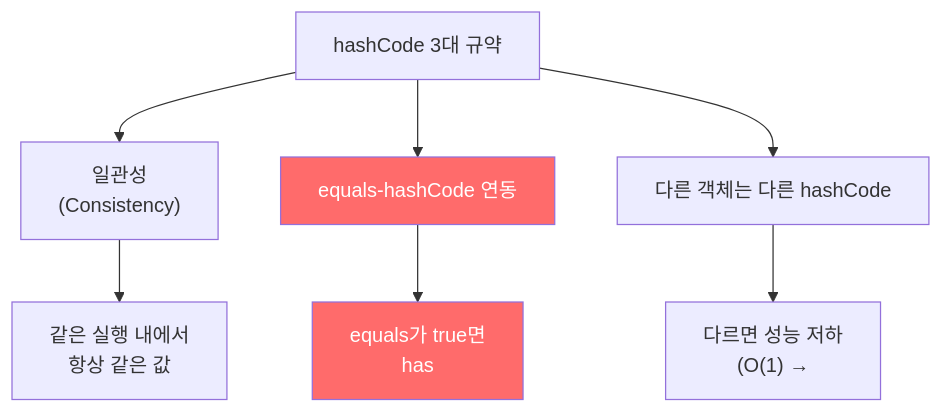
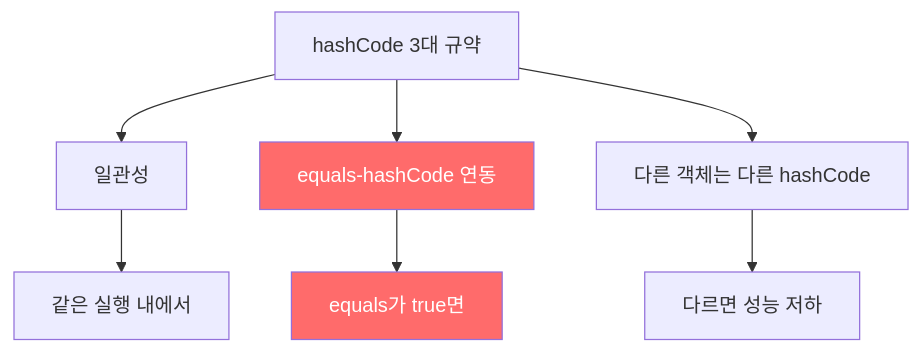
The second of 4 diagrams in _posts/java/2021-12-27-effective-java11.md (yjkim2015/yjkim2015.github.io), drawn with Mermaid before and after one commit. The commit also changed other lines of this file and 217 other files, not shown here.

First line of the commit message:
Mermaid 크기 수정: useMaxWidth:true + SVG max-width:100% + 라벨 축소

````diff
--- a/_posts/java/2021-12-27-effective-java11.md
+++ b/_posts/java/2021-12-27-effective-java11.md
@@ -31,11 +31,11 @@
 ```mermaid
 graph TD
-    A["hashCode 3대 규약"] --> B["일관성\n(Consistency)"]
+    A["hashCode 3대 규약"] --> B["일관성"]
     A --> C["equals-hashCode 연동"]
     A --> D["다른 객체는 다른 hashCode"]
-    B --> B1["같은 실행 내에서\n항상 같은 값"]
-    C --> C1["equals가 true면\nhas"]
-    D --> D1["다르면 성능 저하\n(O(1) →"]
+    B --> B1["같은 실행 내에서"]
+    C --> C1["equals가 true면"]
+    D --> D1["다르면 성능 저하"]
     style C fill:#ff6b6b,color:#fff
     style C1 fill:#ff6b6b,color:#fff
 ```
````
